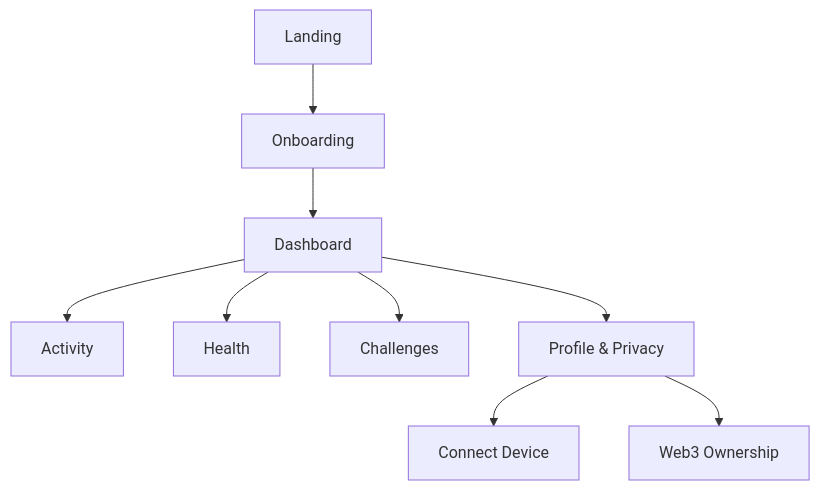
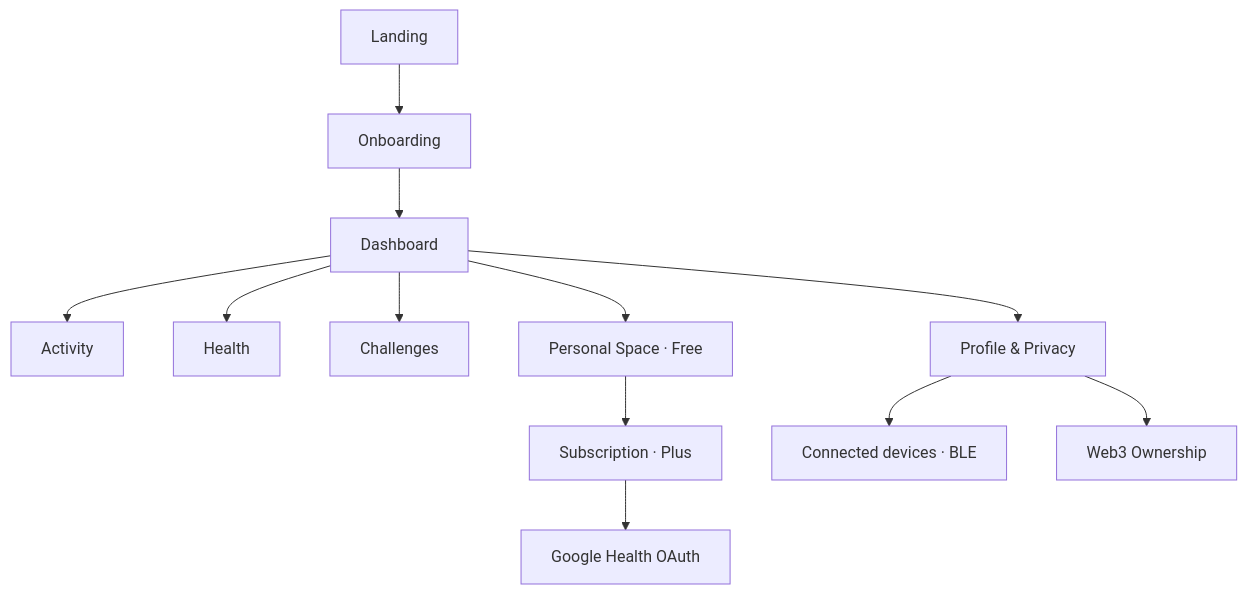
One commit to b46usf/biosync changed the diagram in docs/biosync-wireframe-ui-ux.md. Above: the diagram before and after it, drawn with Mermaid. The commit also changed other lines of this file and 4 other files, not shown here.

Commit message:
Add personal space subscription and OAuth setup

````diff
--- a/docs/biosync-wireframe-ui-ux.md
+++ b/docs/biosync-wireframe-ui-ux.md
@@ -15,11 +15,14 @@
 ```mermaid
 flowchart TD
   A[Landing] --> B[Onboarding]
   B --> C[Dashboard]
   C --> D[Activity]
   C --> E[Health]
   C --> F[Challenges]
   C --> G[Profile & Privacy]
-  G --> H[Connect Device]
-  G --> I[Web3 Ownership]
+  C --> H[Personal Space · Free]
+  H --> I[Subscription · Plus]
+  I --> J[Google Health OAuth]
+  G --> K[Connected devices · BLE]
+  G --> L[Web3 Ownership]
 ```
````
